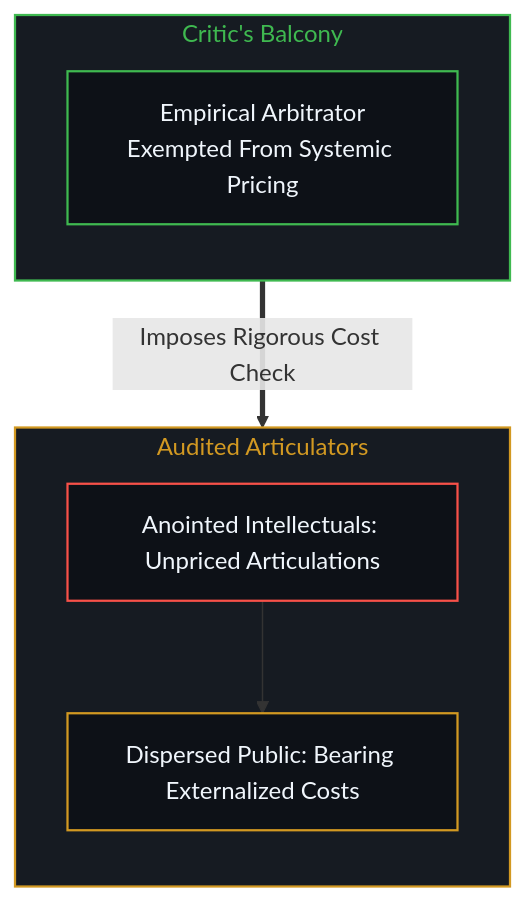
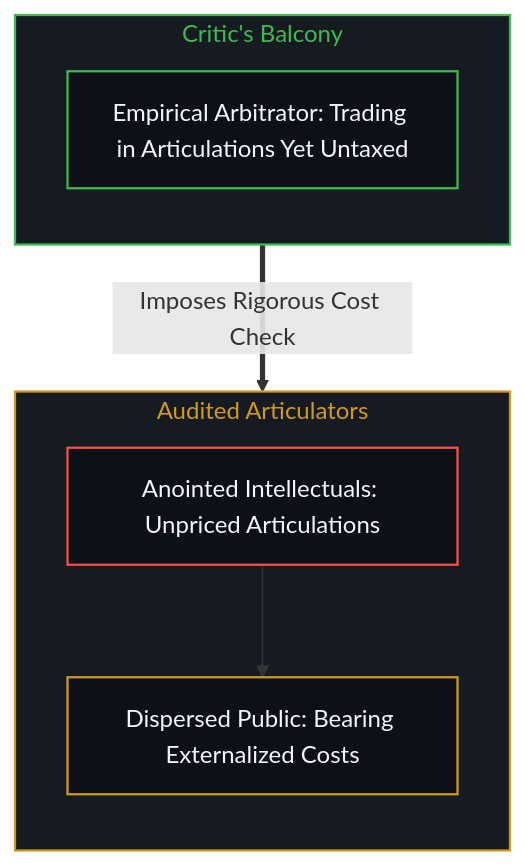
One commit to powerpig99/not-a-toe changed the sixth of 8 diagrams in content/posts/the-unpriced-critic.md. Above: the diagram before and after it, drawn with Mermaid. The commit also changed other lines of this file and 4 other files, not shown here.

````diff
--- a/content/posts/the-unpriced-critic.md
+++ b/content/posts/the-unpriced-critic.md
@@ -177,25 +177,25 @@
 ```mermaid
 flowchart TD
     classDef default fill:#0d1117,stroke:#30363d,stroke-width:1px,color:#f0f6fc;
     classDef mind fill:#0d1117,stroke:#3fb950,stroke-width:1.5px,color:#f0f6fc;
     classDef warn fill:#0d1117,stroke:#d29922,stroke-width:1.5px,color:#f0f6fc;
     classDef fail fill:#0d1117,stroke:#f85149,stroke-width:1.5px,color:#f0f6fc;
     classDef model fill:#0d1117,stroke:#58a6ff,stroke-width:1.5px,color:#f0f6fc;
 
     subgraph S_Critic ["Critic's Balcony"]
         direction TB
-        CriticSeat["Empirical Arbitrator<br/>Exempted From Systemic Pricing"]:::mind
+        CriticSeat["Empirical Arbitrator: Trading in Articulations Yet Untaxed"]:::mind
     end
 
     subgraph S_Anointed ["Audited Articulators"]
         direction TB
         AnointedUnits["Anointed Intellectuals: Unpriced Articulations"]:::fail
         MarketReality["Dispersed Public: Bearing Externalized Costs"]:::warn
         AnointedUnits --> MarketReality
     end
 
     S_Critic ==> |Imposes Rigorous Cost Check| S_Anointed
 
     style S_Critic fill:#161b22,stroke:#3fb950,stroke-width:1.5px,color:#3fb950
     style S_Anointed fill:#161b22,stroke:#d29922,stroke-width:1.5px,color:#d29922
 ```
````
